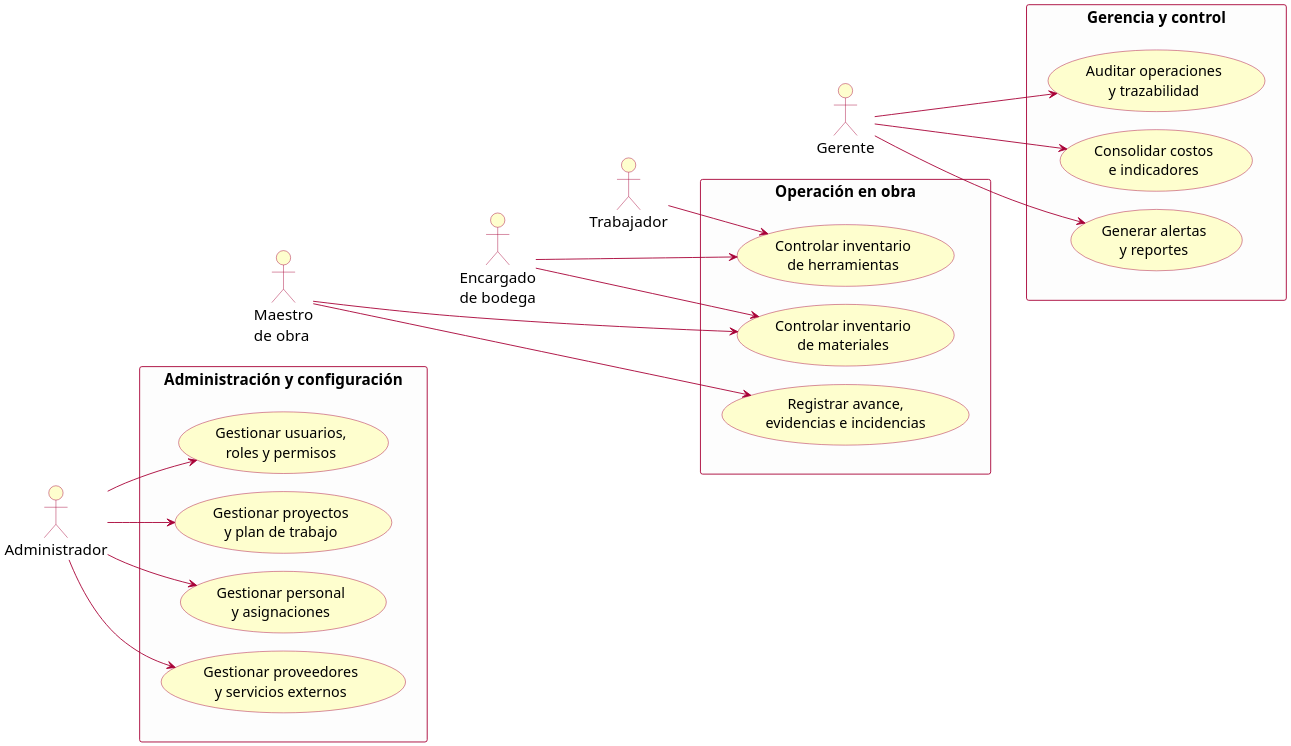
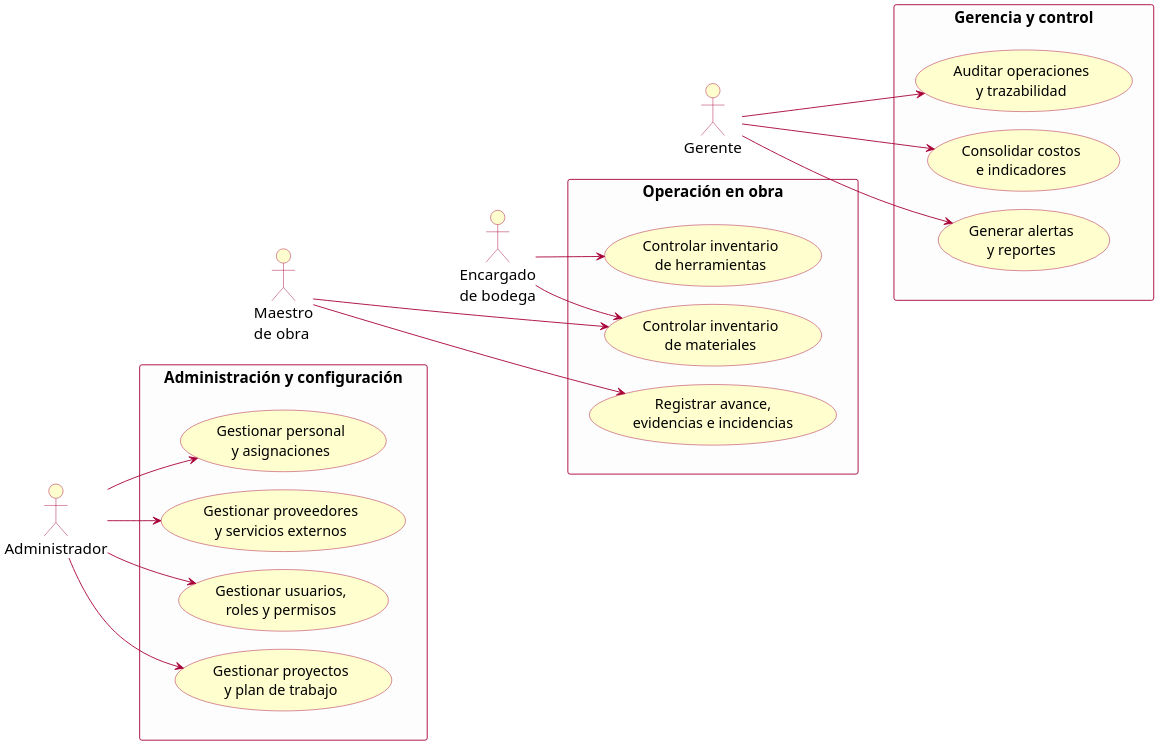
One commit to stevencardenas-dev/SINCOCO changed the diagram in docs/casos_de_uso/puml/CU-GENERAL.puml. Above: the diagram before and after it, drawn with PlantUML. The commit also changed 32 other files, not shown here.

```diff
--- a/docs/casos_de_uso/puml/CU-GENERAL.puml
+++ b/docs/casos_de_uso/puml/CU-GENERAL.puml
@@ -1,72 +1,69 @@
 @startuml
 skinparam backgroundColor white
 skinparam dpi 200
 skinparam shadowing false
 skinparam nodesep 20
 skinparam ranksep 60
 skinparam defaultFontSize 17
 skinparam usecaseFontSize 16
 skinparam actorFontSize 17
 skinparam packageFontSize 17
 skinparam usecase {
   BackgroundColor #FEFECE
   BorderColor #A80036
   ArrowColor #A80036
 }
 skinparam actor {
   BorderColor #A80036
   BackgroundColor #FEFECE
 }
 skinparam rectangle {
   BorderColor #A80036
   BackgroundColor #FDFDFD
 }
 
 left to right direction
 
 actor Administrador as ADM
 actor "Maestro\nde obra" as MAE
 actor "Encargado\nde bodega" as BOD
-actor Trabajador as TRA
 actor Gerente as GER
 
 rectangle "Administración y configuración" as R1 {
   usecase "Gestionar usuarios,\nroles y permisos" as U1
   usecase "Gestionar proyectos\ny plan de trabajo" as U2
   usecase "Gestionar personal\ny asignaciones" as U3
   usecase "Gestionar proveedores\ny servicios externos" as U7
 }
 
 rectangle "Operación en obra" as R2 {
   usecase "Registrar avance,\nevidencias e incidencias" as U4
   usecase "Controlar inventario\nde materiales" as U5
   usecase "Controlar inventario\nde herramientas" as U6
 }
 
 rectangle "Gerencia y control" as R3 {
   usecase "Consolidar costos\ne indicadores" as U8
   usecase "Generar alertas\ny reportes" as U9
   usecase "Auditar operaciones\ny trazabilidad" as U10
 }
 
 ADM --> U1
 ADM --> U2
 ADM --> U3
 ADM --> U7
 MAE --> U4
 MAE --> U5
 BOD --> U5
 BOD --> U6
-TRA --> U6
 GER --> U8
 GER --> U9
 GER --> U10
 
 ADM -[hidden]down- MAE
 MAE -[hidden]down- BOD
-BOD -[hidden]down- TRA
-TRA -[hidden]down- GER
+BOD -[hidden]down- GER
 R1 -[hidden]down- R2
 R2 -[hidden]down- R3
 
 @enduml
```
